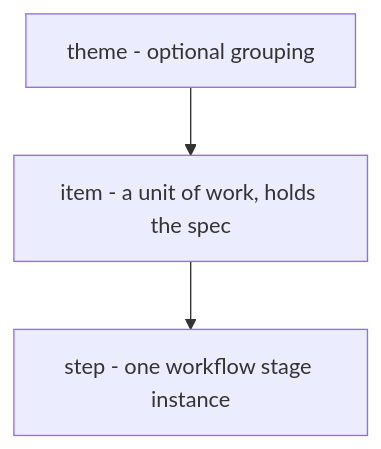
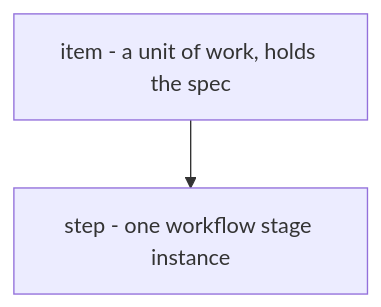
One commit to kenmclennan/lightcycle changed the first of 2 diagrams in docs/data-model.md. Above: the diagram before and after it, drawn with Mermaid. The commit also changed other lines of this file and 92 other files, not shown here.

````diff
--- a/docs/data-model.md
+++ b/docs/data-model.md
@@ -6,5 +6,4 @@
 ```mermaid
 graph TD
-  theme[theme - optional grouping] --> item[item - a unit of work, holds the spec]
-  item --> step[step - one workflow stage instance]
+  item[item - a unit of work, holds the spec] --> step[step - one workflow stage instance]
 ```
````
